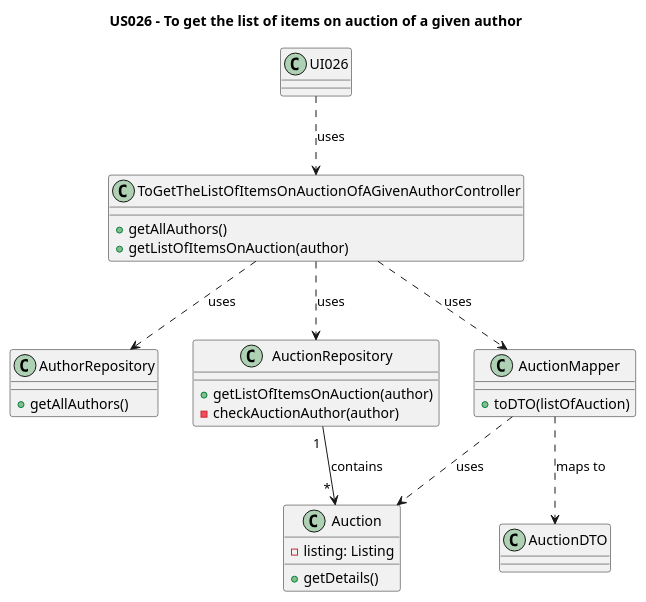
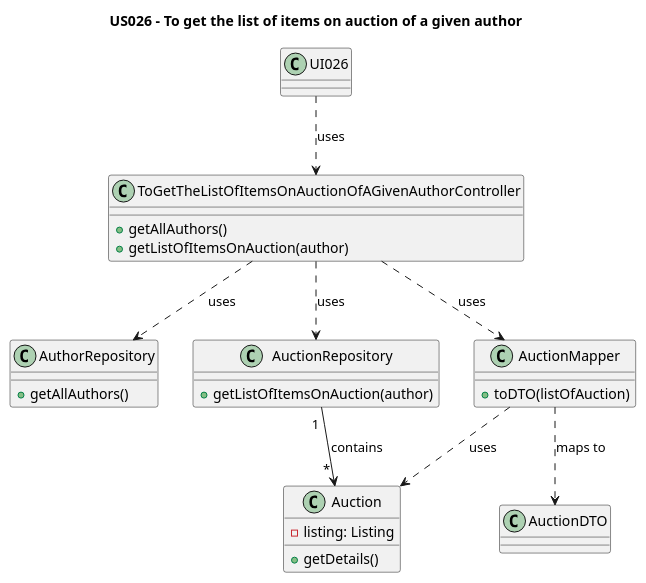
One commit to AndrePereiraGitH/SWitCH-Project-Team_A changed the diagram in Diagrams/ClassDiagrams/US026-to-get-the-list-of-items-on-auction-of-a-given-author.puml. Above: the diagram before and after it, drawn with PlantUML. The commit also changed 4 other files, not shown here.

```diff
--- a/Diagrams/ClassDiagrams/US026-to-get-the-list-of-items-on-auction-of-a-given-author.puml
+++ b/Diagrams/ClassDiagrams/US026-to-get-the-list-of-items-on-auction-of-a-given-author.puml
@@ -1,81 +1,80 @@
 @startuml
 title US026 - To get the list of items on auction of a given author
 
 class UI026{
 
 }
 
 class ToGetTheListOfItemsOnAuctionOfAGivenAuthorController {
   +getAllAuthors()
   +getListOfItemsOnAuction(author)
 }
 
 class AuthorRepository{
     +getAllAuthors()
 }
 
 class AuctionRepository {
   +getListOfItemsOnAuction(author)
-  -checkAuctionAuthor(author)
 }
 
 class Auction {
   - listing: Listing
   +getDetails()
 }
 
 class AuctionMapper {
   +toDTO(listOfAuction)
 }
 
 class AuctionDTO {
 }
 
 /'
 class Listing {
   - item: Item
   - saleType: SaleType
 }
 
 enum SaleType {
     DIRECT_SALE
     AUCTION
 }
 
 'class Item {
 '    - bibliographicalData: BibliographicalData
 '}
 
 class Item {
     - publication: publication
 }
 
 class Publication {
     - bibliographicalData: BibliographicalData
     - code: Code
 }
 
 class BibliographicalData {
     - title: String
 }
 '/
 
 ' Interactions
 
 UI026 ..> ToGetTheListOfItemsOnAuctionOfAGivenAuthorController : uses
 ToGetTheListOfItemsOnAuctionOfAGivenAuthorController ..> AuctionRepository : uses
 ToGetTheListOfItemsOnAuctionOfAGivenAuthorController ..> AuthorRepository: uses
 AuctionRepository "1 " --> " * " Auction : contains
 ToGetTheListOfItemsOnAuctionOfAGivenAuthorController ..> AuctionMapper : uses
 AuctionMapper ..> AuctionDTO : maps to
 AuctionMapper ..> Auction : uses
 /'
 Auction "1" -- "1" Listing : uses
 Listing "                                *" -- "1" SaleType : can be sold by
 Listing "1" -- "1..*    " Item : lists an
 ' Item "*" -- "1" BibliographicalData: has
 Item "*" -- "1" Publication: refers to a
 Publication "*" -- "1" BibliographicalData: has
 '/
 
 @enduml
```
